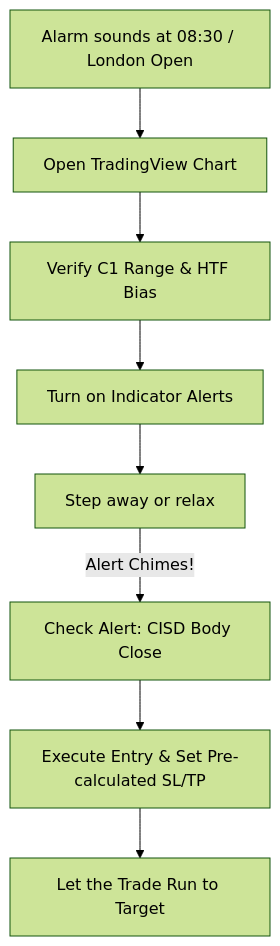
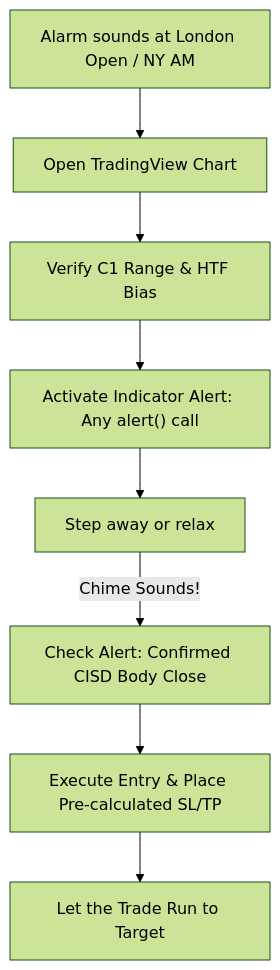
One commit to DanielKinnito/trading changed the diagram in docs/indicators/alerts_guide.md. Above: the diagram before and after it, drawn with Mermaid (forest theme). The commit also changed other lines of this file and 32 other files, not shown here.

Commit message:
feat(docs): overhaul documentation website with photorealistic charts, modern ttrades-inspired design, and zero ASCII art

````diff
--- a/docs/indicators/alerts_guide.md
+++ b/docs/indicators/alerts_guide.md
@@ -58,10 +62,10 @@
 ```mermaid
 graph TD
-    A[Alarm sounds at 08:30 / London Open] --> B[Open TradingView Chart]
-    B --> C[Verify C1 Range & HTF Bias]
-    C --> D[Turn on Indicator Alerts]
-    D --> E[Step away or relax]
-    E -->|Alert Chimes!| F[Check Alert: CISD Body Close]
-    F --> G[Execute Entry & Set Pre-calculated SL/TP]
-    G --> H[Let the Trade Run to Target]
+    A["Alarm sounds at London Open / NY AM"] --> B["Open TradingView Chart"]
+    B --> C["Verify C1 Range & HTF Bias"]
+    C --> D["Activate Indicator Alert: Any alert() call"]
+    D --> E["Step away or relax"]
+    E -->|Chime Sounds!| F["Check Alert: Confirmed CISD Body Close"]
+    F --> G["Execute Entry & Place Pre-calculated SL/TP"]
+    G --> H["Let the Trade Run to Target"]
 ```
````
